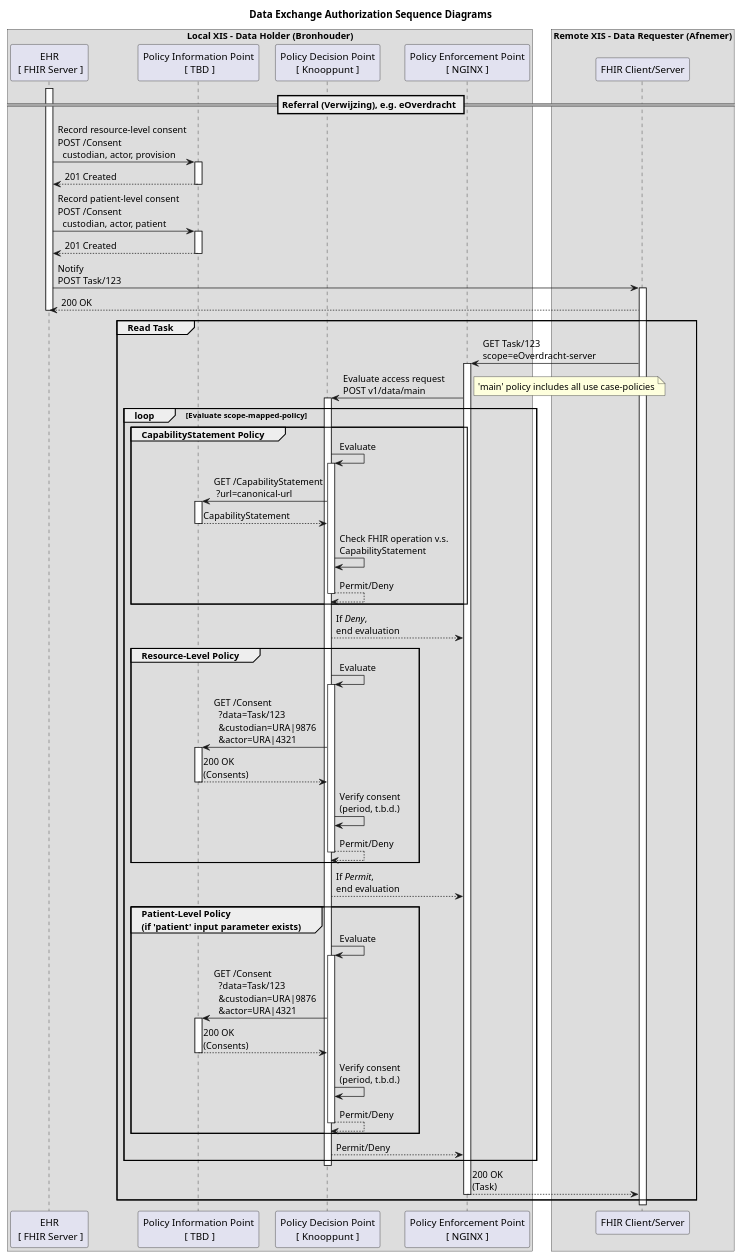
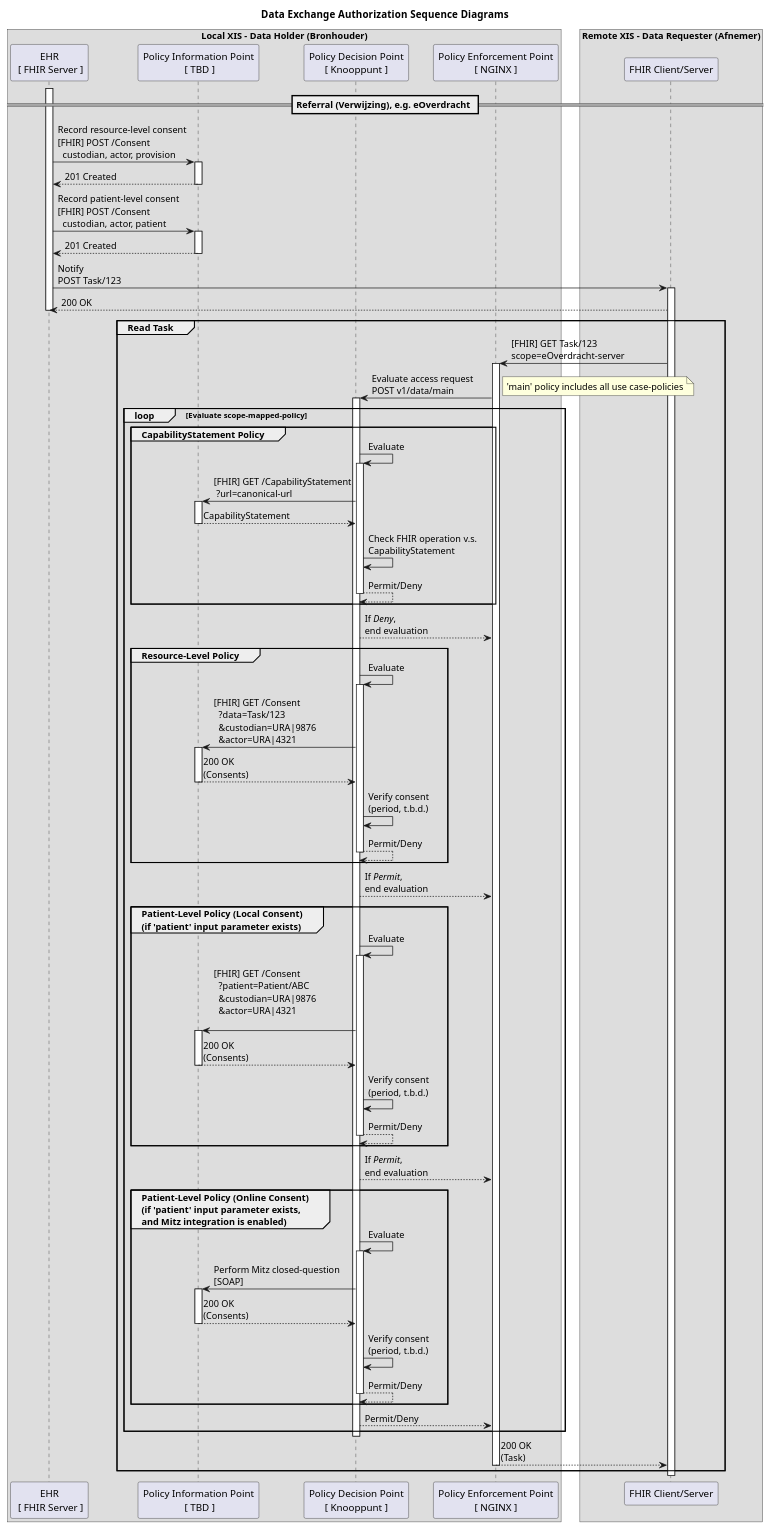
One commit to nuts-foundation/nuts-knooppunt changed the diagram in docs/dataexchange-authorization-sd.puml. Above: the diagram before and after it, drawn with PlantUML.

Commit message:
Feedback

```diff
--- a/docs/dataexchange-authorization-sd.puml
+++ b/docs/dataexchange-authorization-sd.puml
@@ -1,80 +1,92 @@
 @startuml
-title Data Exchange Authorization Sequence Diagrams
+title Data Exchange Authorization   Sequence Diagrams
 
 box Local XIS - Data Holder (Bronhouder)
     participant ehr as "EHR\n [ FHIR Server ]"
     participant pip as "Policy Information Point\n [ TBD ]"
     participant pdp as "Policy Decision Point\n[ Knooppunt ]"
     participant pep as "Policy Enforcement Point\n[ NGINX ]"
 end box
 box Remote XIS - Data Requester (Afnemer)
     participant remoteXIS as "FHIR Client/Server"
 end box
 
 == Referral (Verwijzing), e.g. eOverdracht ==
 activate ehr
-ehr -> pip : Record resource-level consent\nPOST /Consent\n  custodian, actor, provision
+ehr -> pip : Record resource-level consent\n[FHIR] POST /Consent\n  custodian, actor, provision
 activate pip
     pip --> ehr : 201 Created
 deactivate pip
-ehr -> pip : Record patient-level consent\nPOST /Consent\n  custodian, actor, patient
+ehr -> pip : Record patient-level consent\n[FHIR] POST /Consent\n  custodian, actor, patient
 activate pip
     pip --> ehr : 201 Created
 deactivate pip
 ehr -> remoteXIS : Notify\nPOST Task/123
 activate remoteXIS
 remoteXIS --> ehr : 200 OK
 deactivate ehr
 
 group Read Task
-    remoteXIS -> pep : GET Task/123\nscope=eOverdracht-server
+    remoteXIS -> pep : [FHIR] GET Task/123\nscope=eOverdracht-server
     activate pep
     pep -> pdp: Evaluate access request\nPOST v1/data/main
     note right: 'main' policy includes all use case-policies
     activate pdp
     loop Evaluate scope-mapped-policy
         group CapabilityStatement Policy
         pdp -> pdp : Evaluate
             activate pdp
-                pdp -> pip : GET /CapabilityStatement\n ?url=canonical-url
+                pdp -> pip : [FHIR] GET /CapabilityStatement\n ?url=canonical-url
                 activate pip
                     pip --> pdp : CapabilityStatement
                 deactivate pip
                 pdp -> pdp : Check FHIR operation v.s.\nCapabilityStatement
                 pdp --> pdp : Permit/Deny
             deactivate
         end group
         pdp --> pep : If <i>Deny</i>,\nend evaluation
         group Resource-Level Policy
         pdp -> pdp : Evaluate
             activate pdp
-                pdp -> pip : GET /Consent\n  ?data=Task/123\n  &custodian=URA|9876\n  &actor=URA|4321
+                pdp -> pip : [FHIR] GET /Consent\n  ?data=Task/123\n  &custodian=URA|9876\n  &actor=URA|4321
                 activate pip
                     pip --> pdp : 200 OK\n(Consents)
                 deactivate pip
                 pdp -> pdp : Verify consent\n(period, t.b.d.)
                 pdp --> pdp : Permit/Deny
             deactivate
         end group
         pdp --> pep : If <i>Permit</i>,\nend evaluation
-        group Patient-Level Policy\n(if 'patient' input parameter exists)
-                pdp -> pdp : Evaluate
-                    activate pdp
-                        pdp -> pip : GET /Consent\n  ?data=Task/123\n  &custodian=URA|9876\n  &actor=URA|4321
-                        activate pip
-                            pip --> pdp : 200 OK\n(Consents)
-                        deactivate pip
-                        pdp -> pdp : Verify consent\n(period, t.b.d.)
-                        pdp --> pdp : Permit/Deny
-                    deactivate
-                end group
+        group Patient-Level Policy (Local Consent)\n(if 'patient' input parameter exists)
+            pdp -> pdp : Evaluate
+            activate pdp
+                pdp -> pip : [FHIR] GET /Consent\n  ?patient=Patient/ABC\n  &custodian=URA|9876\n  &actor=URA|4321\n
+                activate pip
+                    pip --> pdp : 200 OK\n(Consents)
+                deactivate pip
+                pdp -> pdp : Verify consent\n(period, t.b.d.)
+                pdp --> pdp : Permit/Deny
+            deactivate
+        end group
+        pdp --> pep : If <i>Permit</i>,\nend evaluation
+        group Patient-Level Policy (Online Consent)\n(if 'patient' input parameter exists,\nand Mitz integration is enabled)
+            pdp -> pdp : Evaluate
+            activate pdp
+                pdp -> pip : Perform Mitz closed-question\n[SOAP]
+                activate pip
+                    pip --> pdp : 200 OK\n(Consents)
+                deactivate pip
+                pdp -> pdp : Verify consent\n(period, t.b.d.)
+                pdp --> pdp : Permit/Deny
+            deactivate
+        end group
         pdp --> pep : Permit/Deny
     end group
     deactivate pdp
     pep --> remoteXIS : 200 OK\n(Task)
     deactivate
 end group
 
 deactivate remoteXIS
 
 @enduml
```
